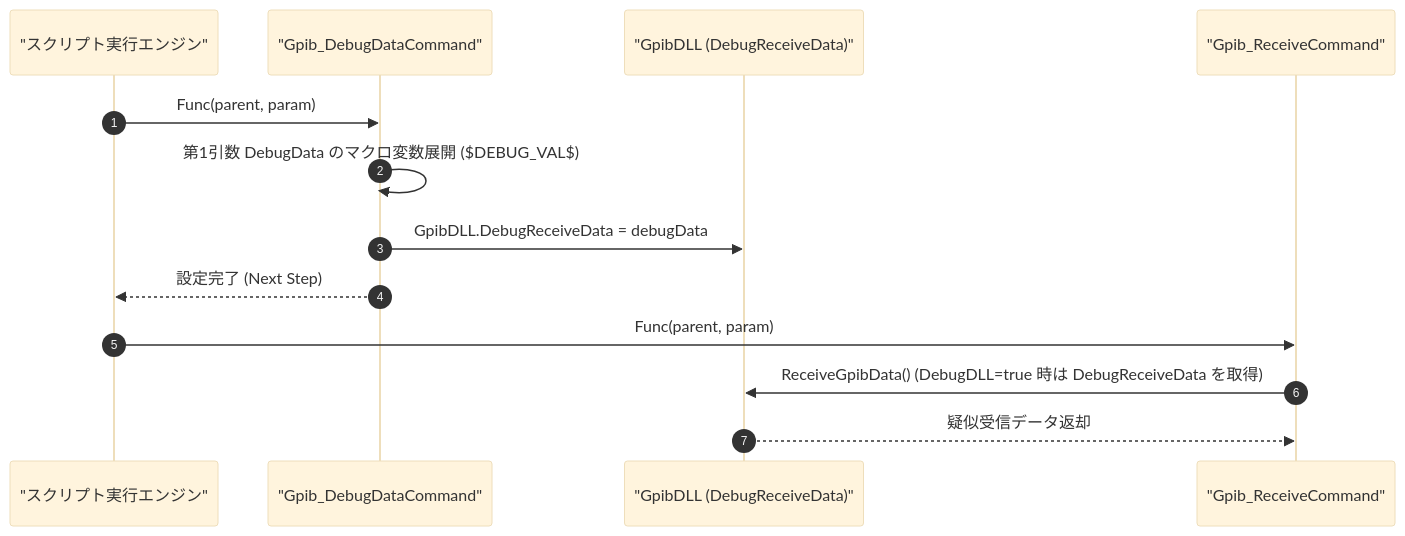
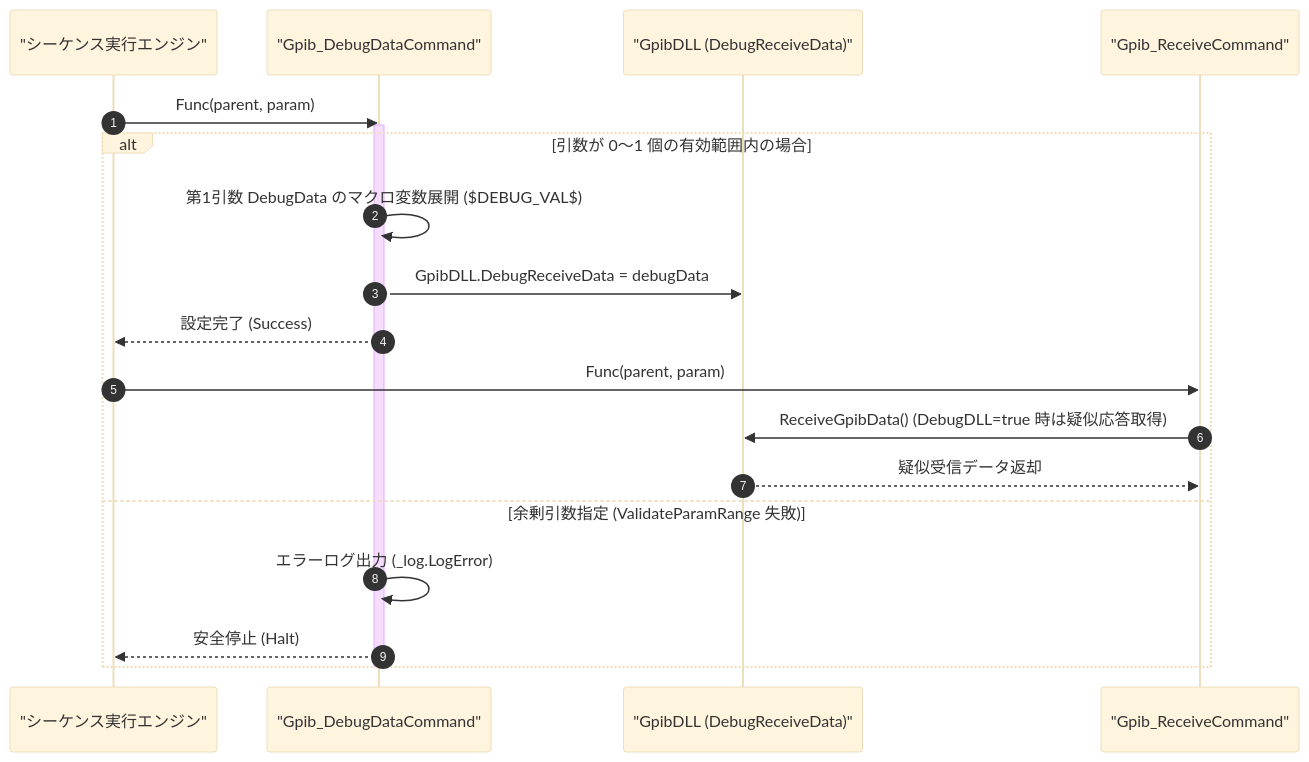
The diagram in Manual/GPIB/Gpib_DebugData.Md (Monaca-App/GpibAddIn), drawn with Mermaid (base theme) before and after one commit. The commit also changed other lines of this file and 30 other files, not shown here.

````diff
--- a/Manual/GPIB/Gpib_DebugData.Md
+++ b/Manual/GPIB/Gpib_DebugData.Md
@@ -64,16 +63,23 @@
 ```mermaid
 sequenceDiagram
     autonumber
-    participant Script as "スクリプト実行エンジン"
+    participant Script as "シーケンス実行エンジン"
     participant Cmd as "Gpib_DebugDataCommand"
     participant Dll as "GpibDLL (DebugReceiveData)"
     participant Rec as "Gpib_ReceiveCommand"
 
     Script->>Cmd: Func(parent, param)
-    Cmd->>Cmd: 第1引数 DebugData のマクロ変数展開 ($DEBUG_VAL$)
-    Cmd->>Dll: GpibDLL.DebugReceiveData = debugData
-    Cmd-->>Script: 設定完了 (Next Step)
-    Script->>Rec: Func(parent, param)
-    Rec->>Dll: ReceiveGpibData() (DebugDLL=true 時は DebugReceiveData を取得)
-    Dll-->>Rec: 疑似受信データ返却
+    activate Cmd
+    alt 引数が 0〜1 個の有効範囲内の場合
+        Cmd->>Cmd: 第1引数 DebugData のマクロ変数展開 ($DEBUG_VAL$)
+        Cmd->>Dll: GpibDLL.DebugReceiveData = debugData
+        Cmd-->>Script: 設定完了 (Success)
+        Script->>Rec: Func(parent, param)
+        Rec->>Dll: ReceiveGpibData() (DebugDLL=true 時は疑似応答取得)
+        Dll-->>Rec: 疑似受信データ返却
+    else 余剰引数指定 (ValidateParamRange 失敗)
+        Cmd->>Cmd: エラーログ出力 (_log.LogError)
+        Cmd-->>Script: 安全停止 (Halt)
+    end
+    deactivate Cmd
 ```
````
